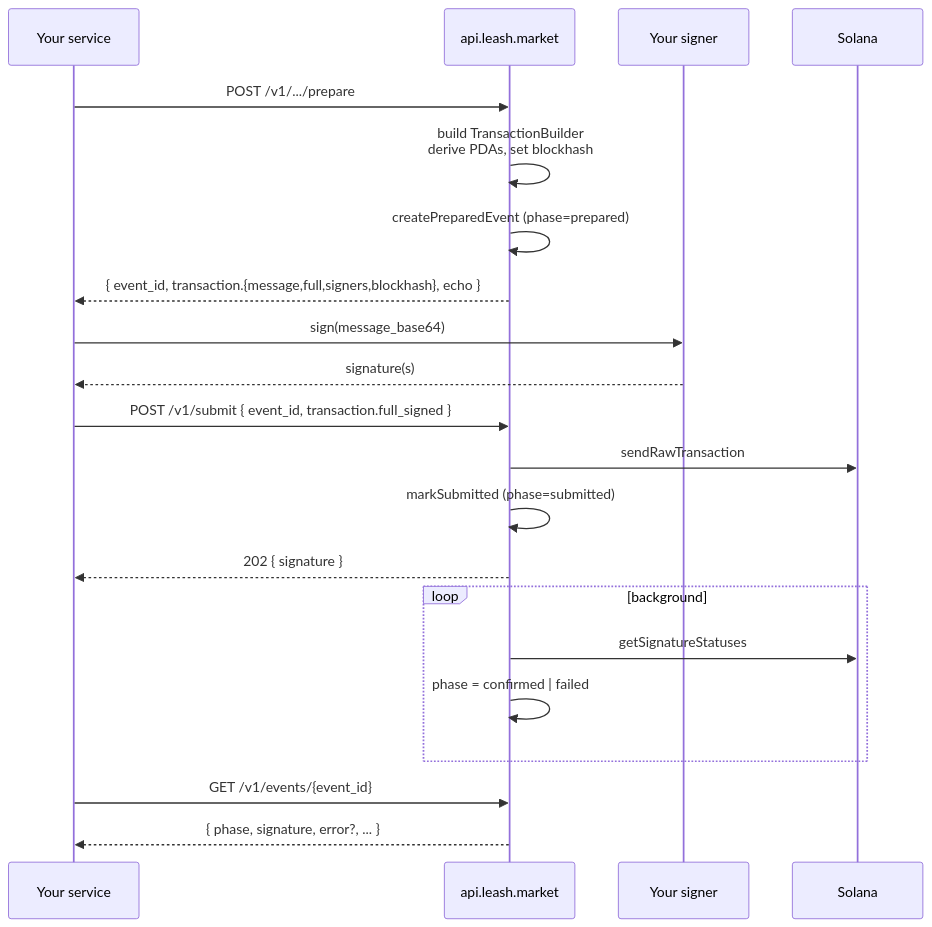
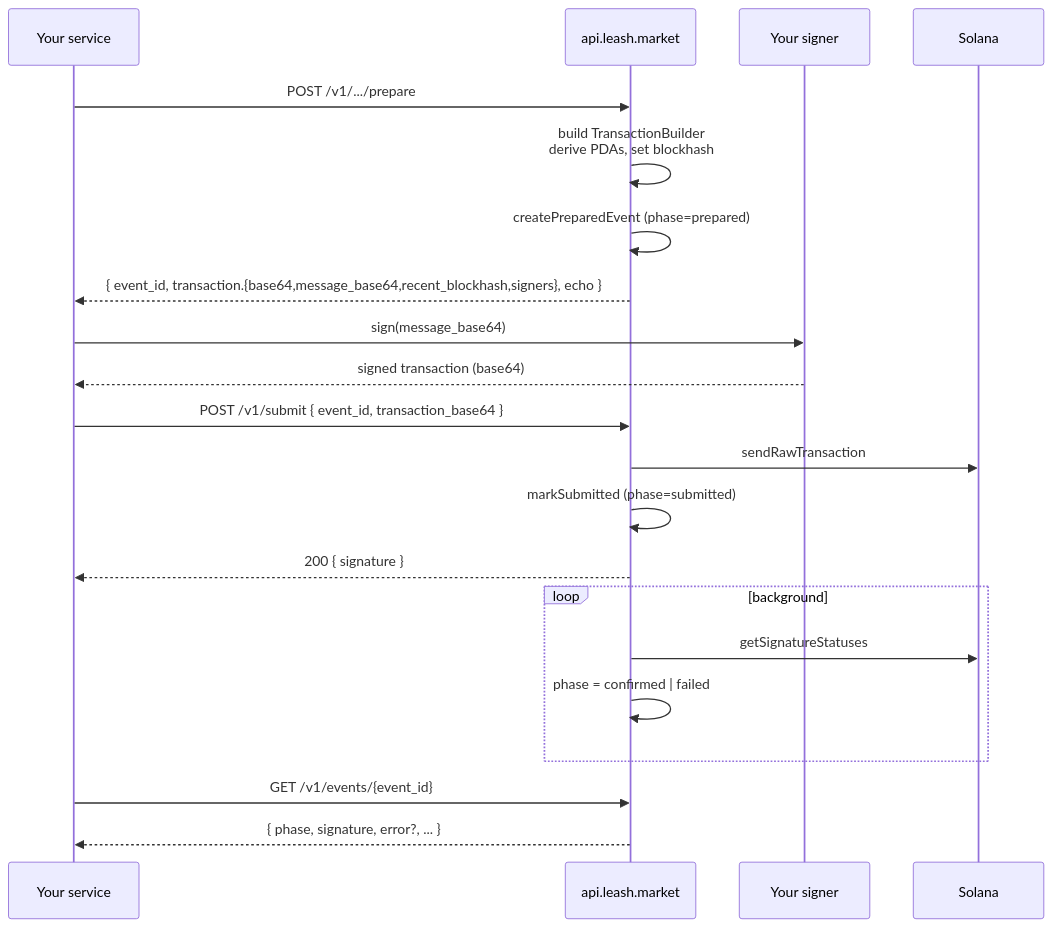
One commit to Axio-Lab/leash changed the diagram in apps/docs/api/prepare-submit.mdx. Above: the diagram before and after it, drawn with Mermaid. The commit also changed other lines of this file and 10 other files, not shown here.

````diff
--- a/apps/docs/api/prepare-submit.mdx
+++ b/apps/docs/api/prepare-submit.mdx
@@ -9,28 +9,28 @@
 ```mermaid
 sequenceDiagram
   participant Client as Your service
   participant API as api.leash.market
   participant Wallet as Your signer
   participant Chain as Solana
 
   Client->>API: POST /v1/.../prepare
   API->>API: build TransactionBuilder<br/>derive PDAs, set blockhash
   API->>API: createPreparedEvent (phase=prepared)
-  API-->>Client: { event_id, transaction.{message,full,signers,blockhash}, echo }
+  API-->>Client: { event_id, transaction.{base64,message_base64,recent_blockhash,signers}, echo }
 
   Client->>Wallet: sign(message_base64)
-  Wallet-->>Client: signature(s)
+  Wallet-->>Client: signed transaction (base64)
 
-  Client->>API: POST /v1/submit { event_id, transaction.full_signed }
+  Client->>API: POST /v1/submit { event_id, transaction_base64 }
   API->>Chain: sendRawTransaction
   API->>API: markSubmitted (phase=submitted)
-  API-->>Client: 202 { signature }
+  API-->>Client: 200 { signature }
 
   loop background
     API->>Chain: getSignatureStatuses
     API->>API: phase = confirmed | failed
   end
 
   Client->>API: GET /v1/events/{event_id}
   API-->>Client: { phase, signature, error?, ... }
 ```
````
